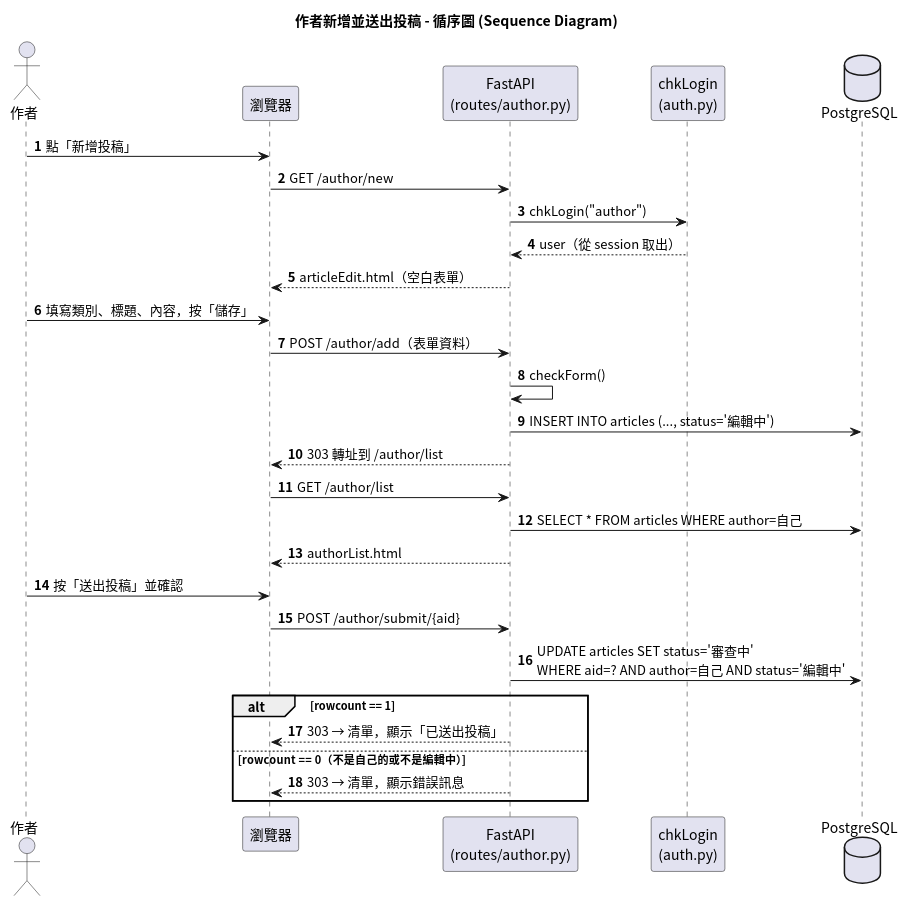
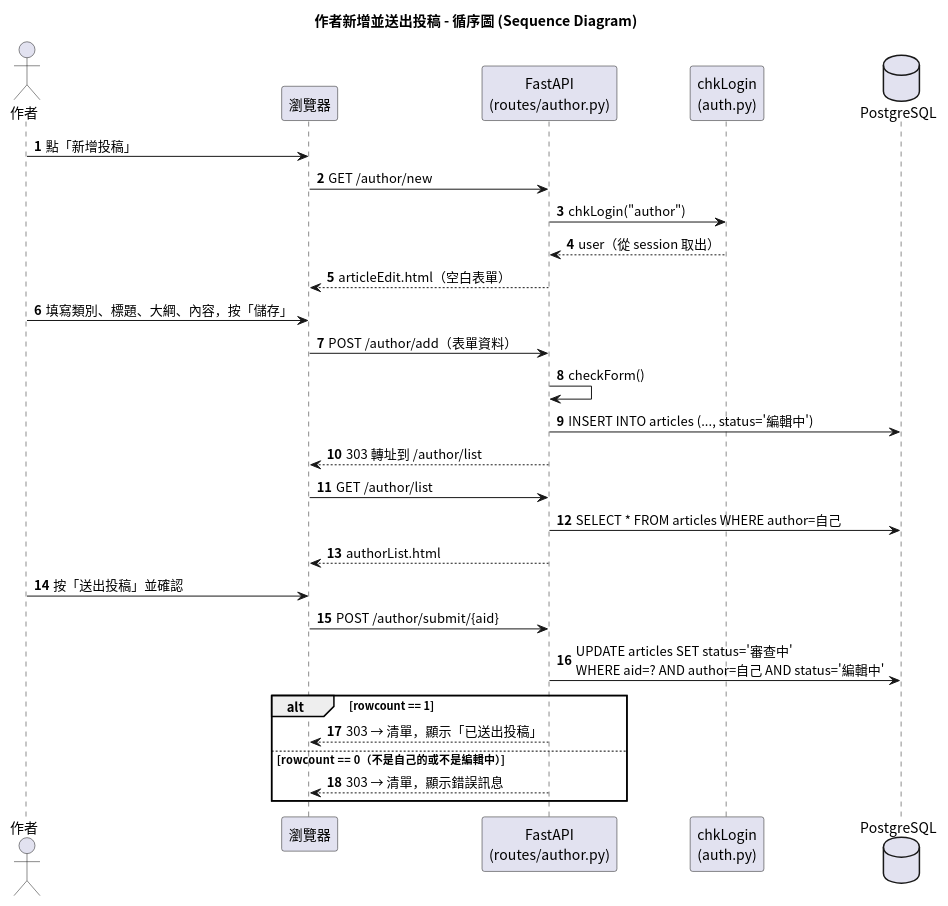
The diagram in docs/uml/04_sequence_author.puml (617-lyx/1151se_mid), drawn with PlantUML before and after one commit. The commit also changed 20 other files, not shown here.

```diff
--- a/docs/uml/04_sequence_author.puml
+++ b/docs/uml/04_sequence_author.puml
@@ -1,35 +1,35 @@
 @startuml 04_sequence_author
 skinparam defaultFontName "Noto Sans CJK TC"
 skinparam shadowing false
 skinparam backgroundColor white
 title 作者新增並送出投稿 - 循序圖 (Sequence Diagram)
 autonumber
 actor 作者
 participant "瀏覽器" as BR
 participant "FastAPI\n(routes/author.py)" as API
 participant "chkLogin\n(auth.py)" as AUTH
 database "PostgreSQL" as DB
 
 作者 -> BR : 點「新增投稿」
 BR -> API : GET /author/new
 API -> AUTH : chkLogin("author")
 AUTH --> API : user（從 session 取出）
 API --> BR : articleEdit.html（空白表單）
-作者 -> BR : 填寫類別、標題、內容，按「儲存」
+作者 -> BR : 填寫類別、標題、大綱、內容，按「儲存」
 BR -> API : POST /author/add（表單資料）
 API -> API : checkForm()
 API -> DB : INSERT INTO articles (..., status='編輯中')
 API --> BR : 303 轉址到 /author/list
 BR -> API : GET /author/list
 API -> DB : SELECT * FROM articles WHERE author=自己
 API --> BR : authorList.html
 
 作者 -> BR : 按「送出投稿」並確認
 BR -> API : POST /author/submit/{aid}
 API -> DB : UPDATE articles SET status='審查中'\nWHERE aid=? AND author=自己 AND status='編輯中'
 alt rowcount == 1
   API --> BR : 303 → 清單，顯示「已送出投稿」
 else rowcount == 0（不是自己的或不是編輯中）
   API --> BR : 303 → 清單，顯示錯誤訊息
 end
 @enduml
```
